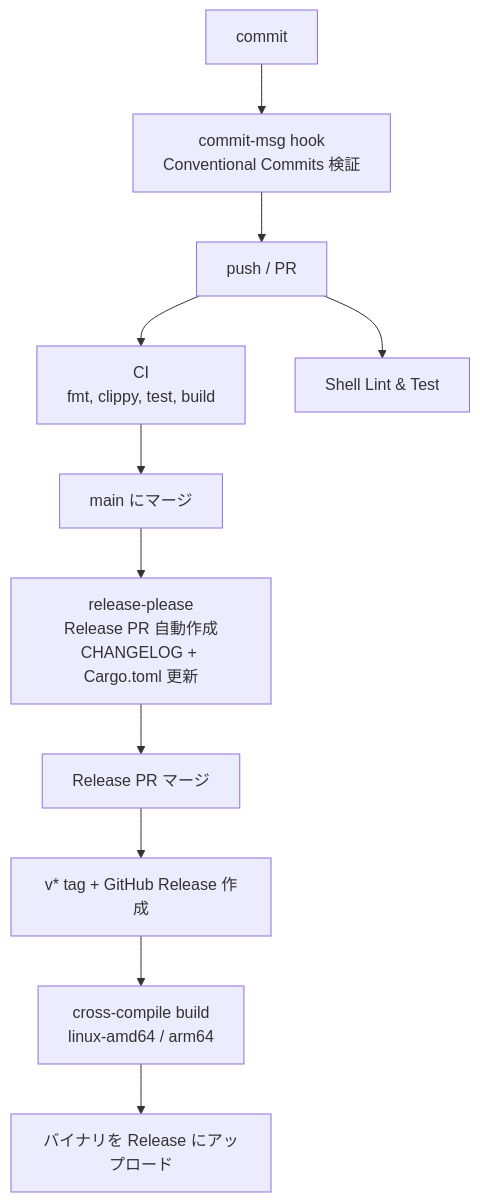
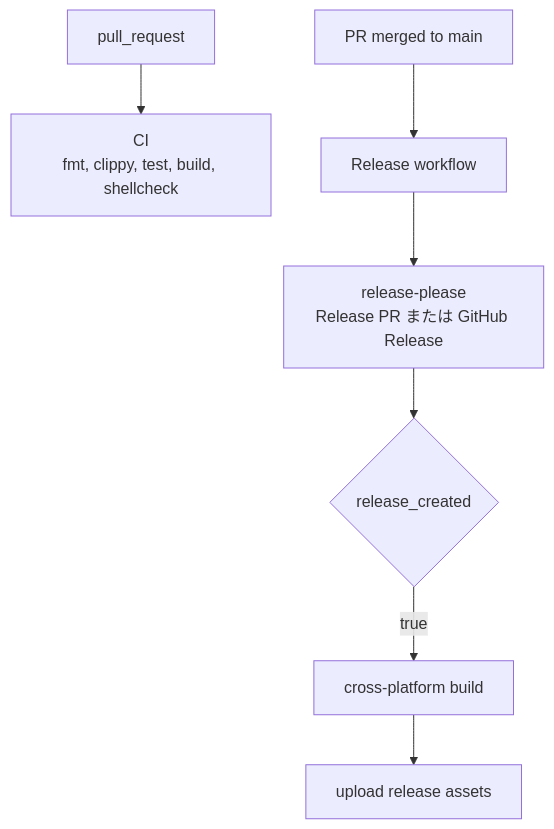
One commit to rurusasu/article-collector changed the diagram in docs/ci-cd/README.md. Above: the diagram before and after it, drawn with Mermaid. The commit also changed other lines of this file and 22 other files, not shown here.

Commit message:
feat: modernize install and release workflow

````diff
--- a/docs/ci-cd/README.md
+++ b/docs/ci-cd/README.md
@@ -10,13 +10,9 @@
 ```mermaid
 graph TB
-  commit["commit"] --> hook["commit-msg hook<br/>Conventional Commits 検証"]
-  hook --> push["push / PR"]
-  push --> ci["CI<br/>fmt, clippy, test, build"]
-  push --> shell["Shell Lint & Test"]
-  ci --> merge["main にマージ"]
-  merge --> rp["release-please<br/>Release PR 自動作成<br/>CHANGELOG + Cargo.toml 更新"]
-  rp --> rp_merge["Release PR マージ"]
-  rp_merge --> tag["v* tag + GitHub Release 作成"]
-  tag --> build["cross-compile build<br/>linux-amd64 / arm64"]
-  build --> upload["バイナリを Release にアップロード"]
+  pr["pull_request"] --> ci["CI<br/>fmt, clippy, test, build, shellcheck"]
+  merge["PR merged to main"] --> release["Release workflow"]
+  release --> rp["release-please<br/>Release PR または GitHub Release"]
+  rp --> created{"release_created"}
+  created -->|true| build["cross-platform build"]
+  build --> upload["upload release assets"]
 ```
````
